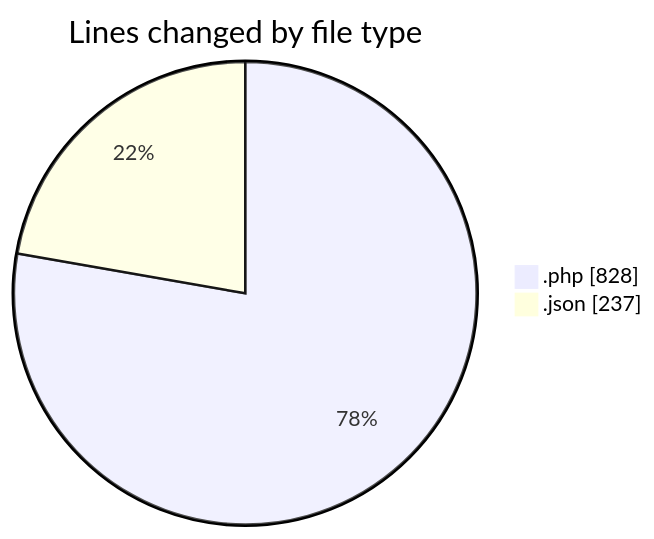
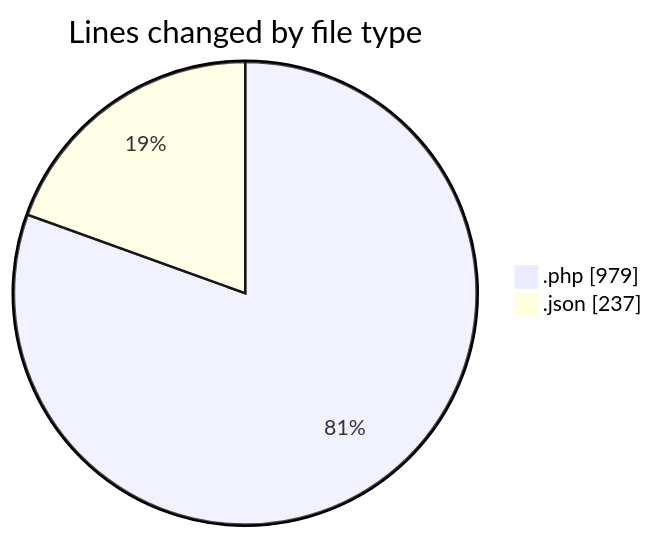
The first of 2 diagrams in 2025-05-30/studio-backend/README.md (idhammustaqopulfikri/code-tracking), drawn with Mermaid before and after one commit. The commit also changed other lines of this file and 1 other file, not shown here.

````diff
--- a/2025-05-30/studio-backend/README.md
+++ b/2025-05-30/studio-backend/README.md
@@ -30,6 +32,6 @@
 ```mermaid
 pie showData
 title Lines changed by file type
-".php" : 828
+".php" : 979
 ".json" : 237
 ```
````
